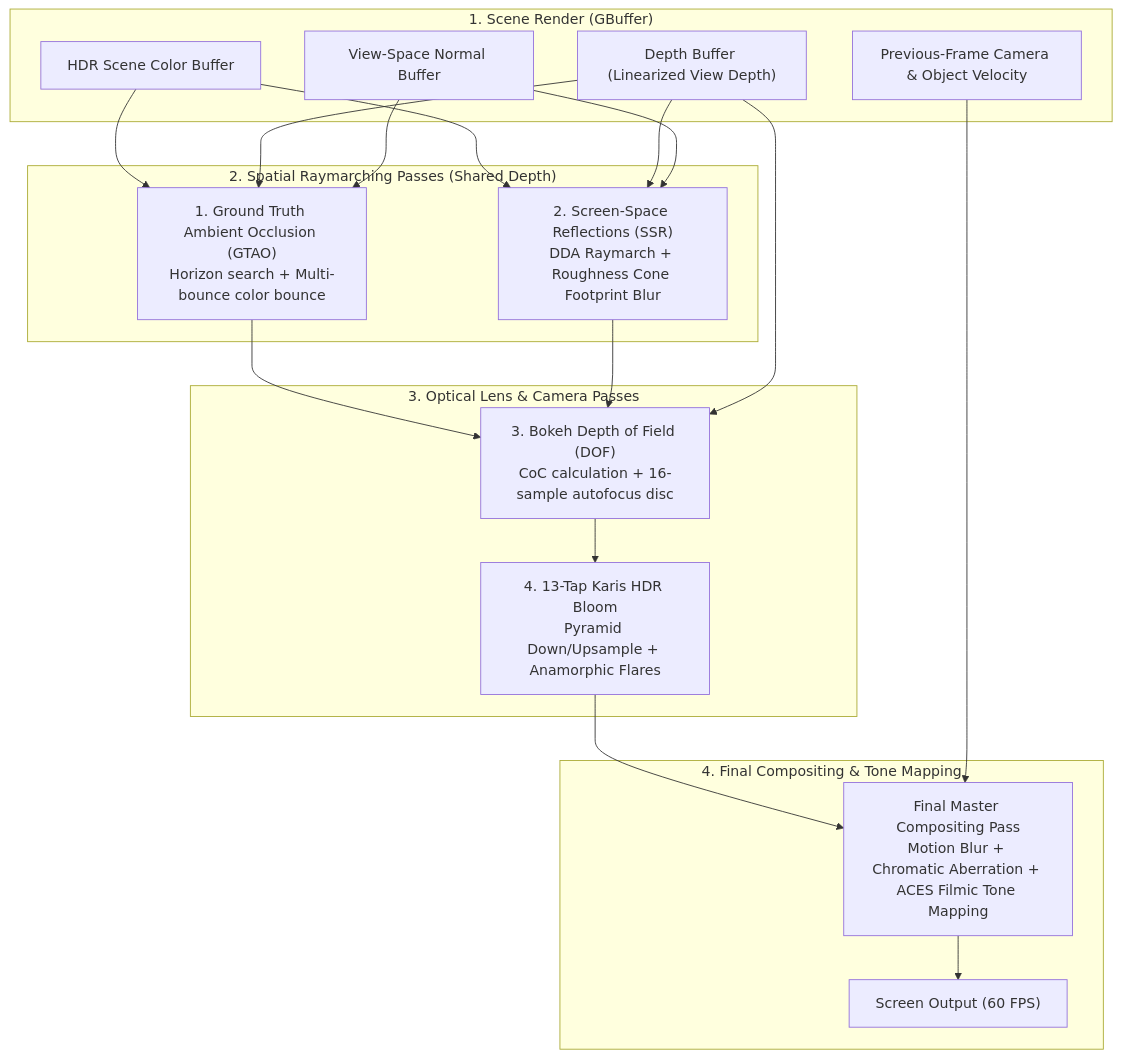
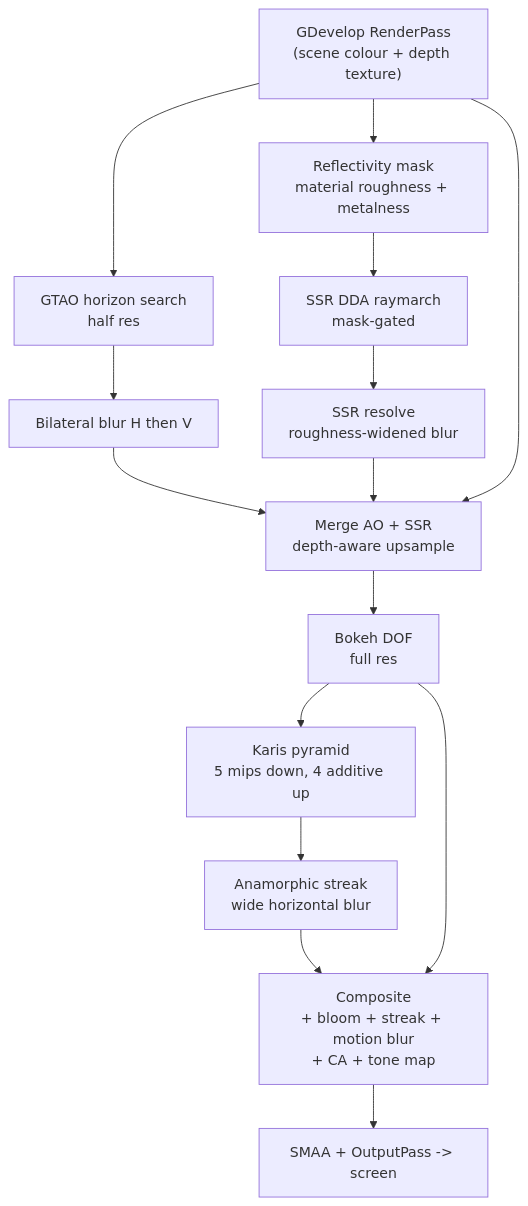
The diagram in CinematicPostFX3D/README.md (Twillion/GDevelop_Extensions), drawn with Mermaid before and after one commit. The commit also changed other lines of this file and 126 other files, not shown here.

````diff
--- a/CinematicPostFX3D/README.md
+++ b/CinematicPostFX3D/README.md
@@ -24,41 +57,21 @@
 ```mermaid
 flowchart TD
-    subgraph "1. Scene Render (GBuffer)"
-        Color["HDR Scene Color Buffer"]
-        Depth["Depth Buffer (Linearized View Depth)"]
-        Normals["View-Space Normal Buffer"]
-        Velocity["Previous-Frame Camera & Object Velocity"]
-    end
+    RP["GDevelop RenderPass<br/>(scene colour + depth texture)"]
+    GTAO["GTAO horizon search<br/>half res"]
+    BL["Bilateral blur H then V"]
+    MASK["Reflectivity mask<br/>material roughness + metalness"]
+    SSR["SSR DDA raymarch<br/>mask-gated"]
+    RESOLVE["SSR resolve<br/>roughness-widened blur"]
+    DOF["Bokeh DOF<br/>full res"]
+    BLOOM["Karis pyramid<br/>5 mips down, 4 additive up"]
+    MERGE["Merge AO + SSR<br/>depth-aware upsample"]
+    STREAK["Anamorphic streak<br/>wide horizontal blur"]
+    COMP["Composite<br/>+ bloom + streak + motion blur<br/>+ CA + tone map"]
+    OUT["SMAA + OutputPass -> screen"]
 
-    subgraph "2. Spatial Raymarching Passes (Shared Depth)"
-        GTAO["1. Ground Truth Ambient Occlusion (GTAO)<br/>Horizon search + Multi-bounce color bounce"]
-        SSR["2. Screen-Space Reflections (SSR)<br/>DDA Raymarch + Roughness Cone Footprint Blur"]
-    end
-
-    subgraph "3. Optical Lens & Camera Passes"
-        DOF["3. Bokeh Depth of Field (DOF)<br/>CoC calculation + 16-sample autofocus disc"]
-        Bloom["4. 13-Tap Karis HDR Bloom<br/>Pyramid Down/Upsample + Anamorphic Flares"]
-    end
-
-    subgraph "4. Final Compositing & Tone Mapping"
-        Comp["Final Master Compositing Pass<br/>Motion Blur + Chromatic Aberration + ACES Filmic Tone Mapping"]
-        Screen["Screen Output (60 FPS)"]
-    end
-
-    Color --> GTAO
-    Depth --> GTAO
-    Normals --> GTAO
-
-    Color --> SSR
-    Depth --> SSR
-    Normals --> SSR
-
-    GTAO --> DOF
-    SSR --> DOF
-    Depth --> DOF
-
-    DOF --> Bloom
-    Bloom --> Comp
-    Velocity --> Comp
-    Comp --> Screen
+    RP --> GTAO --> BL --> MERGE
+    RP --> MASK --> SSR --> RESOLVE --> MERGE
+    RP --> MERGE --> DOF --> BLOOM --> STREAK --> COMP
+    DOF --> COMP
+    COMP --> OUT
 ```
````
